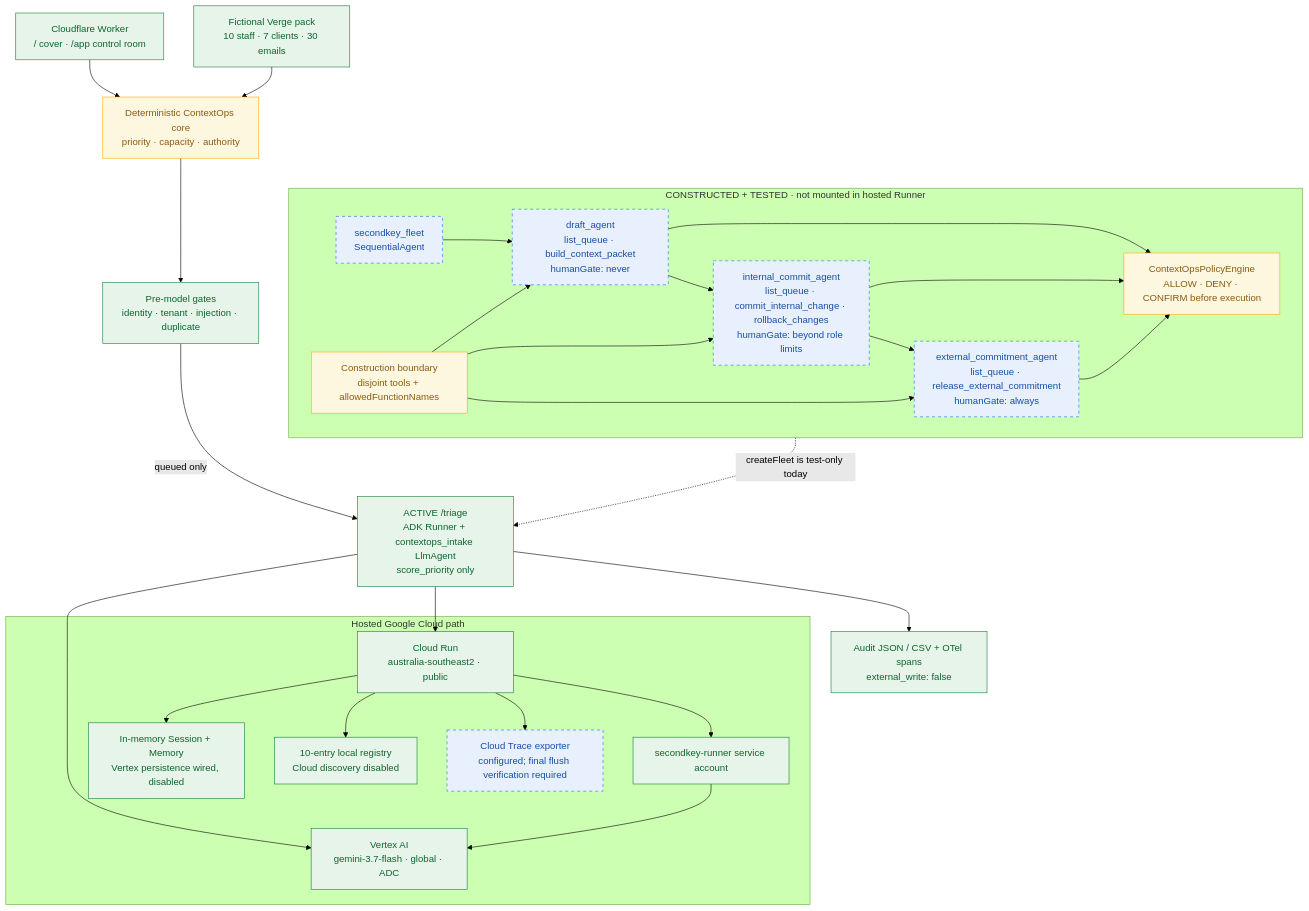
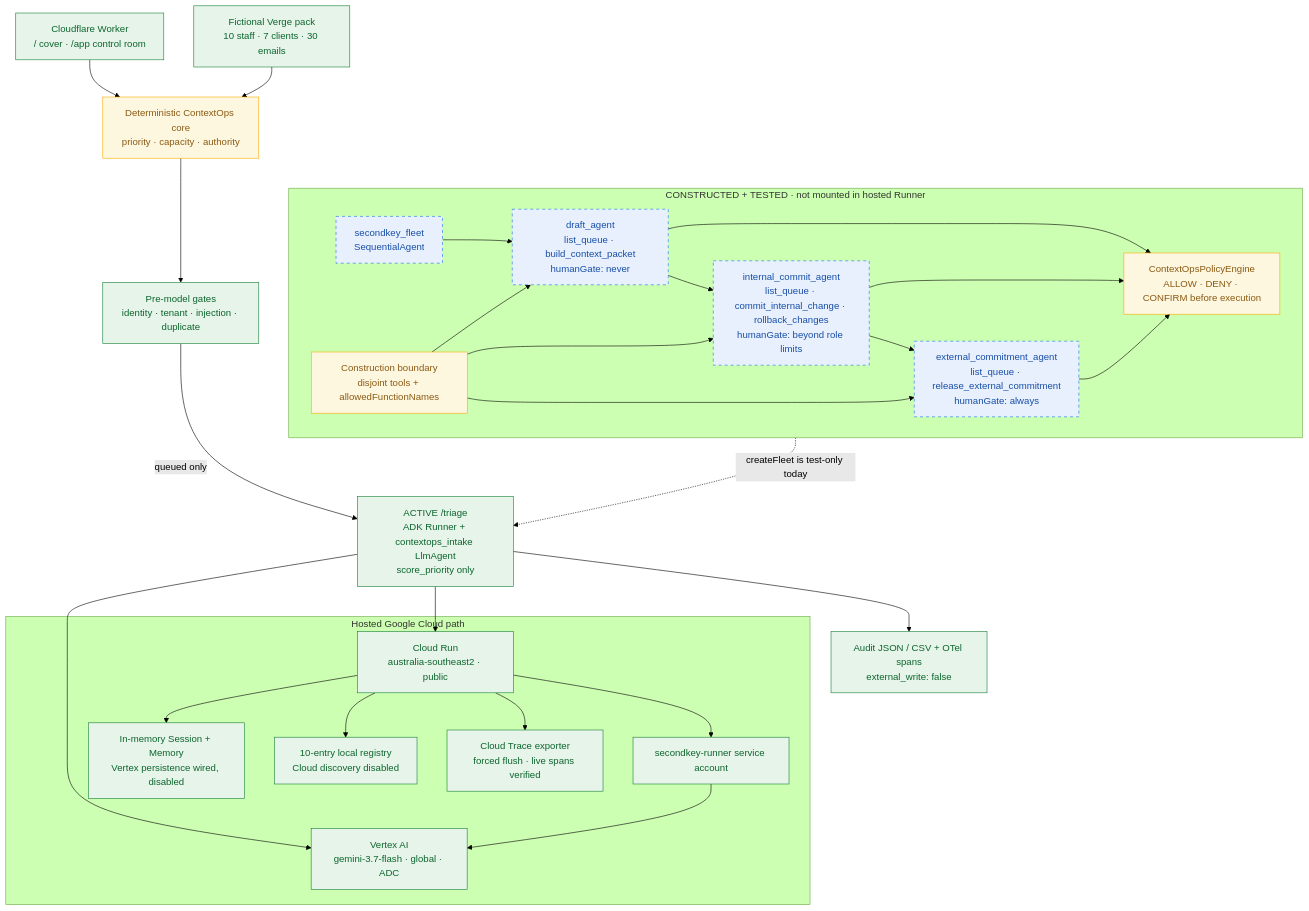
One commit to vcdwio/secondkey changed the first of 2 diagrams in ARCHITECTURE_DIAGRAM.md. Above: the diagram before and after it, drawn with Mermaid (forest theme). The commit also changed other lines of this file and 14 other files, not shown here.

````diff
--- a/ARCHITECTURE_DIAGRAM.md
+++ b/ARCHITECTURE_DIAGRAM.md
@@ -13,55 +13,56 @@
 ```mermaid
 flowchart TB
     WEB["Cloudflare Worker<br/>/ cover · /app control room"]
     DATA["Fictional Verge pack<br/>10 staff · 7 clients · 30 emails"]
     CORE["Deterministic ContextOps core<br/>priority · capacity · authority"]
     GATES["Pre-model gates<br/>identity · tenant · injection · duplicate"]
     TRIAGE["ACTIVE /triage<br/>ADK Runner + contextops_intake LlmAgent<br/>score_priority only"]
     VAI["Vertex AI<br/>gemini-3.7-flash · global · ADC"]
     AUDIT["Audit JSON / CSV + OTel spans<br/>external_write: false"]
 
     WEB --> CORE
     DATA --> CORE --> GATES
     GATES -->|queued only| TRIAGE --> VAI
     TRIAGE --> AUDIT
 
     subgraph FLEET["CONSTRUCTED + TESTED · not mounted in hosted Runner"]
       COORD["secondkey_fleet<br/>SequentialAgent"]
       DRAFT["draft_agent<br/>list_queue · build_context_packet<br/>humanGate: never"]
       INTERNAL["internal_commit_agent<br/>list_queue · commit_internal_change · rollback_changes<br/>humanGate: beyond role limits"]
       EXTERNAL["external_commitment_agent<br/>list_queue · release_external_commitment<br/>humanGate: always"]
       CONSTRUCT["Construction boundary<br/>disjoint tools + allowedFunctionNames"]
       POLICY["ContextOpsPolicyEngine<br/>ALLOW · DENY · CONFIRM before execution"]
 
       COORD --> DRAFT --> INTERNAL --> EXTERNAL
       CONSTRUCT --> DRAFT
       CONSTRUCT --> INTERNAL
       CONSTRUCT --> EXTERNAL
       DRAFT --> POLICY
       INTERNAL --> POLICY
       EXTERNAL --> POLICY
     end
 
     FLEET -.->|createFleet is test-only today| TRIAGE
 
     subgraph CLOUD["Hosted Google Cloud path"]
       CR["Cloud Run<br/>australia-southeast2 · public"]
       SA["secondkey-runner service account"]
       STATE["In-memory Session + Memory<br/>Vertex persistence wired, disabled"]
       REG["10-entry local registry<br/>Cloud discovery disabled"]
-      TRACE["Cloud Trace exporter<br/>configured; final flush verification required"]
+      TRACE["Cloud Trace exporter<br/>forced flush · live spans verified"]
       CR --> SA --> VAI
       CR --> STATE
       CR --> REG
       CR --> TRACE
     end
 
     TRIAGE --> CR
 
     classDef live fill:#e6f4ea,stroke:#188038,color:#0d652d
     classDef deterministic fill:#fef7e0,stroke:#f9ab00,color:#8a5a12
     classDef prepared fill:#e8f0fe,stroke:#1a73e8,color:#174ea6,stroke-dasharray:5 5
     class WEB,DATA,GATES,TRIAGE,VAI,AUDIT,CR,SA,STATE,REG live
     class CORE,POLICY,CONSTRUCT deterministic
-    class COORD,DRAFT,INTERNAL,EXTERNAL,TRACE prepared
+    class TRACE live
+    class COORD,DRAFT,INTERNAL,EXTERNAL prepared
 ```
````
